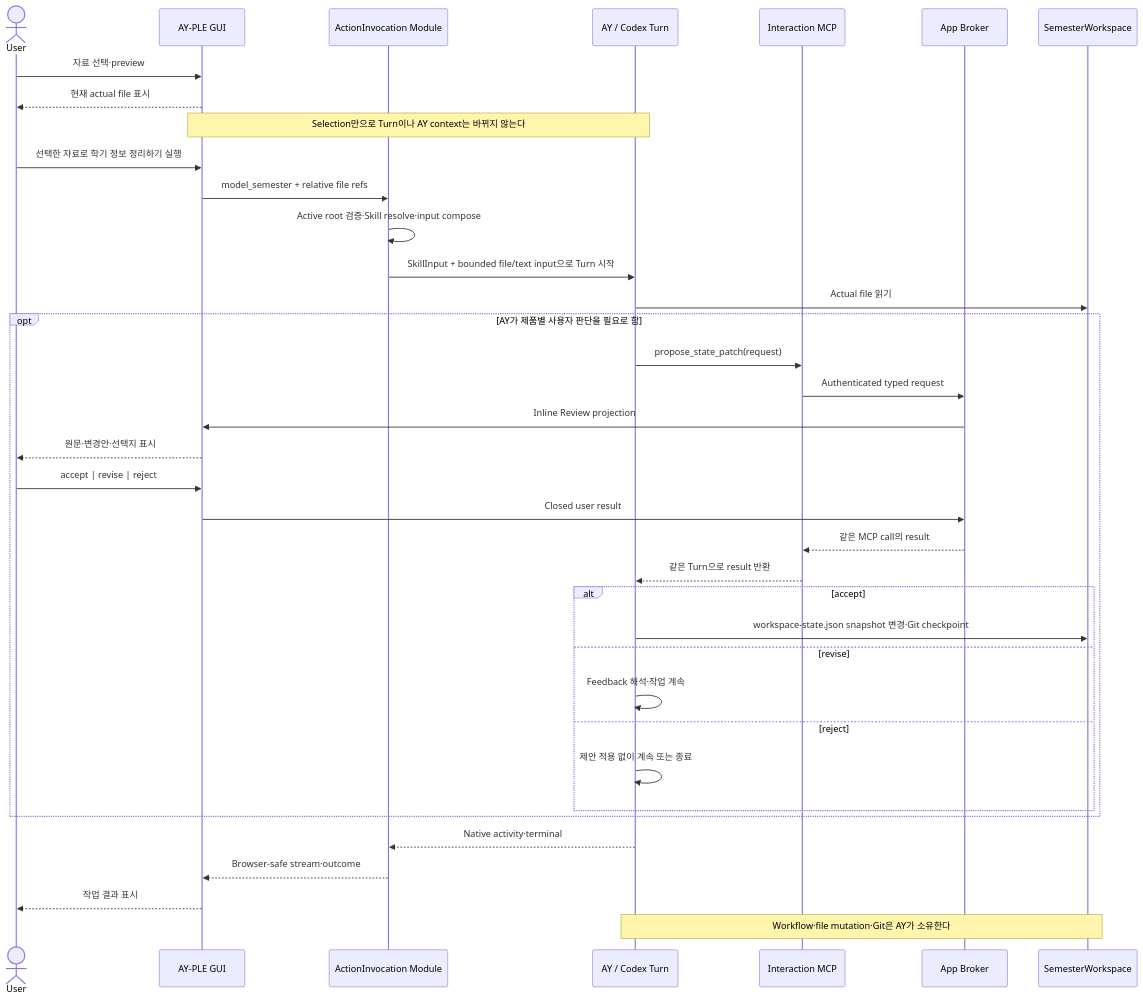
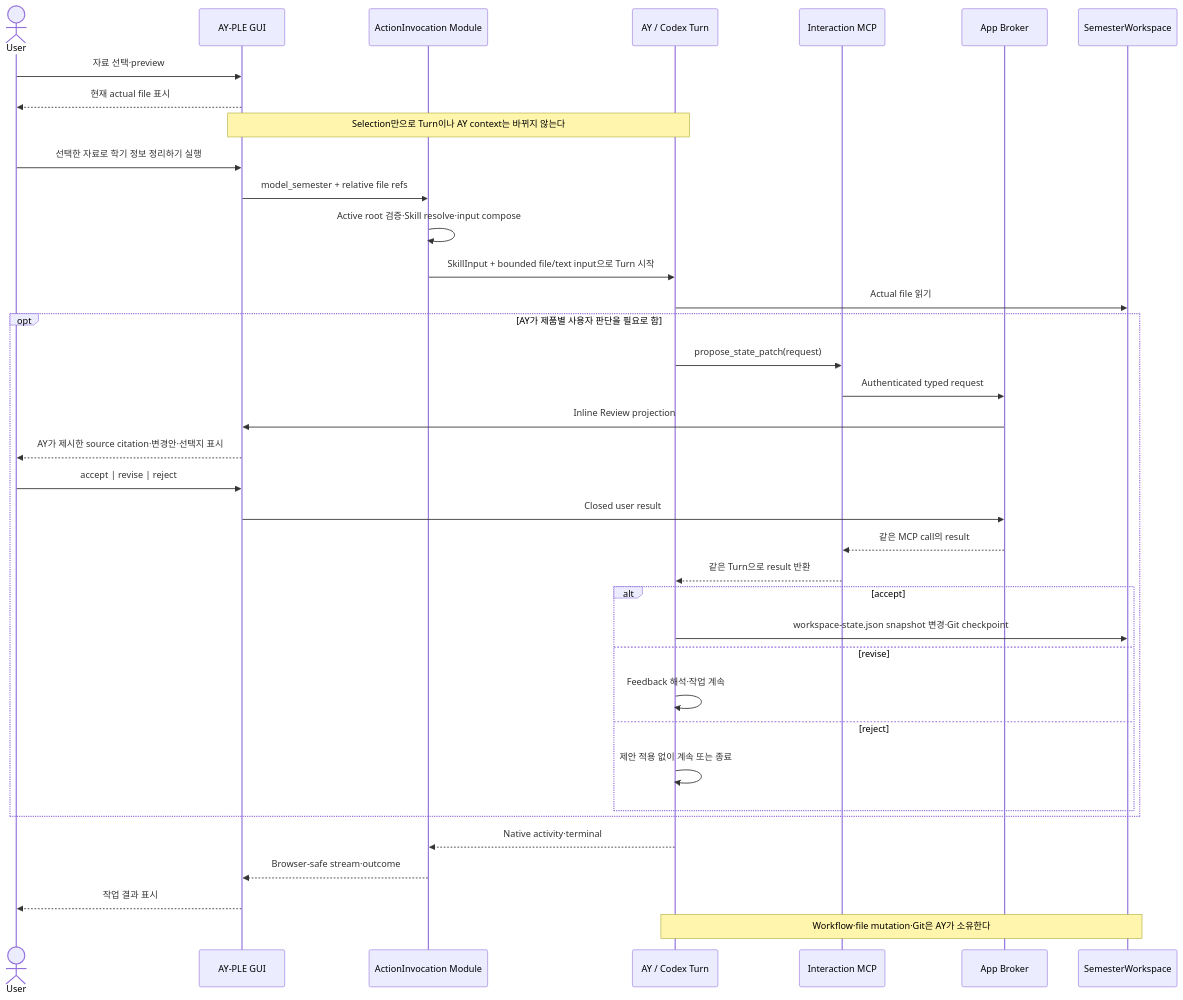
The second of 2 diagrams in docs/architecture/ay-app-interaction-layer.md (Mureung1/hub-showcase), drawn with Mermaid before and after one commit. The commit also changed other lines of this file and 39 other files, not shown here.

````diff
--- a/docs/architecture/ay-app-interaction-layer.md
+++ b/docs/architecture/ay-app-interaction-layer.md
@@ -80,44 +80,44 @@
 ```mermaid
 sequenceDiagram
     actor U as User
     participant G as AY-PLE GUI
     participant I as ActionInvocation Module
     participant A as AY / Codex Turn
     participant M as Interaction MCP
     participant B as App Broker
     participant W as SemesterWorkspace
 
     U->>G: 자료 선택·preview
     G-->>U: 현재 actual file 표시
     Note over G,A: Selection만으로 Turn이나 AY context는 바뀌지 않는다
 
     U->>G: 선택한 자료로 학기 정보 정리하기 실행
     G->>I: model_semester + relative file refs
     I->>I: Active root 검증·Skill resolve·input compose
     I->>A: SkillInput + bounded file/text input으로 Turn 시작
     A->>W: Actual file 읽기
 
     opt AY가 제품별 사용자 판단을 필요로 함
         A->>M: propose_state_patch(request)
         M->>B: Authenticated typed request
         B->>G: Inline Review projection
-        G-->>U: 원문·변경안·선택지 표시
+        G-->>U: AY가 제시한 source citation·변경안·선택지 표시
         U->>G: accept | revise | reject
         G->>B: Closed user result
         B-->>M: 같은 MCP call의 result
         M-->>A: 같은 Turn으로 result 반환
 
         alt accept
             A->>W: workspace-state.json snapshot 변경·Git checkpoint
         else revise
             A->>A: Feedback 해석·작업 계속
         else reject
             A->>A: 제안 적용 없이 계속 또는 종료
         end
     end
 
     A-->>I: Native activity·terminal
     I-->>G: Browser-safe stream·outcome
     G-->>U: 작업 결과 표시
     Note over A,W: Workflow·file mutation·Git은 AY가 소유한다
 ```
````
